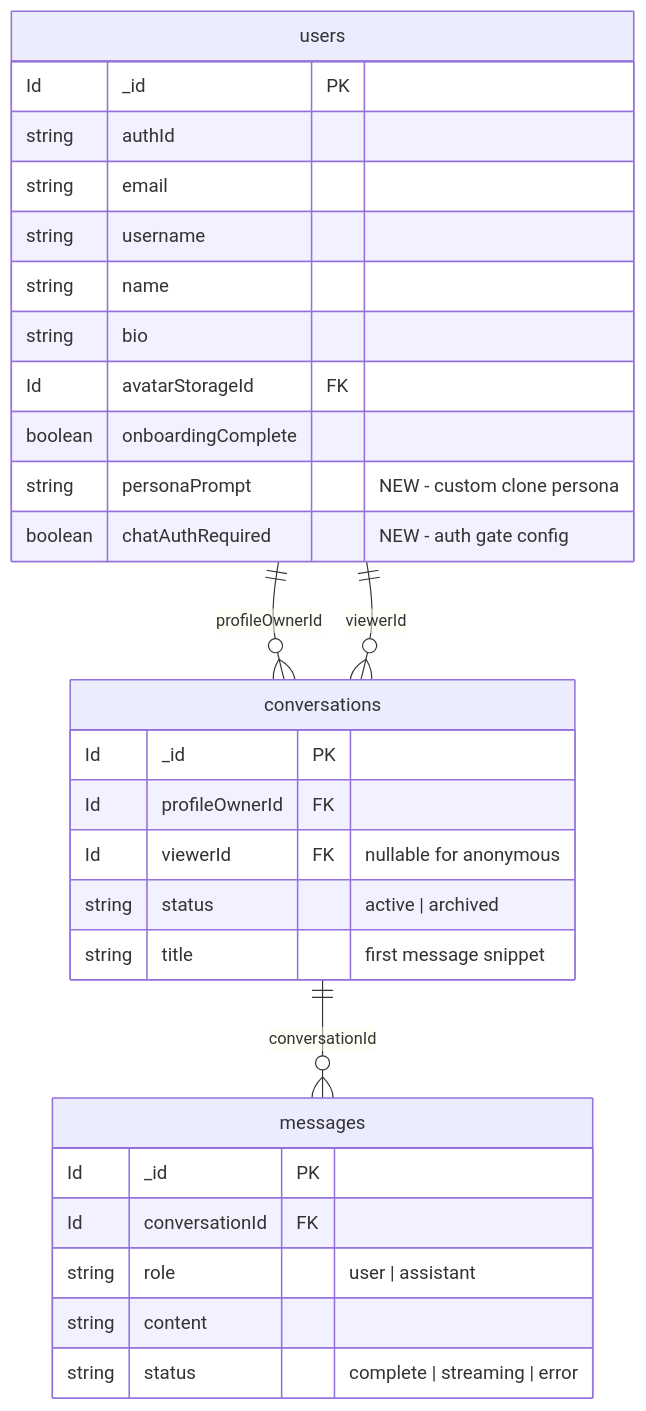
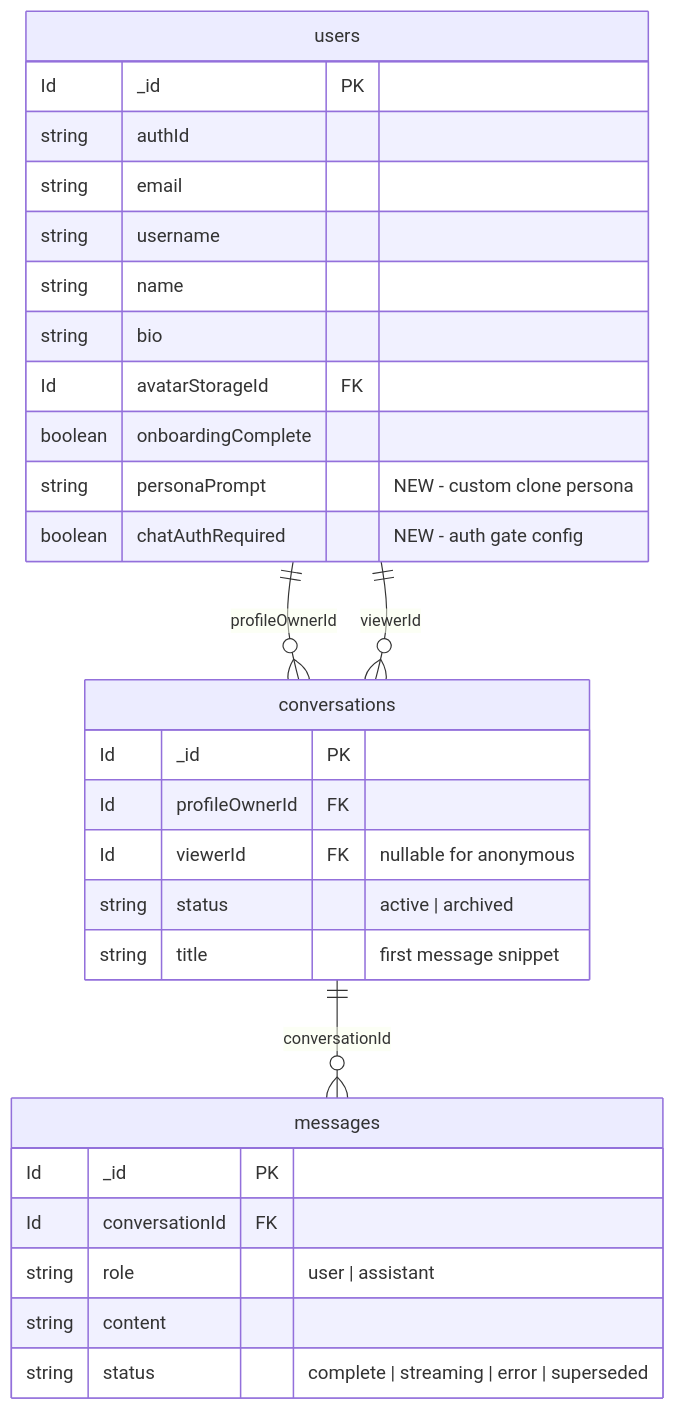
Before and after one commit to hpark0011/feel-good: the diagram in docs/plans/2026-02-28-feat-chat-thread-digital-clone-plan.md, drawn with Mermaid. The commit also changed other lines of this file, not shown here.

````diff
--- a/docs/plans/2026-02-28-feat-chat-thread-digital-clone-plan.md
+++ b/docs/plans/2026-02-28-feat-chat-thread-digital-clone-plan.md
@@ -60,32 +60,32 @@
 ```mermaid
 erDiagram
     users {
         Id _id PK
         string authId
         string email
         string username
         string name
         string bio
         Id avatarStorageId FK
         boolean onboardingComplete
         string personaPrompt "NEW - custom clone persona"
         boolean chatAuthRequired "NEW - auth gate config"
     }
     conversations {
         Id _id PK
         Id profileOwnerId FK
         Id viewerId FK "nullable for anonymous"
         string status "active | archived"
         string title "first message snippet"
     }
     messages {
         Id _id PK
         Id conversationId FK
         string role "user | assistant"
         string content
-        string status "complete | streaming | error"
+        string status "complete | streaming | error | superseded"
     }
     users ||--o{ conversations : "profileOwnerId"
     users ||--o{ conversations : "viewerId"
     conversations ||--o{ messages : "conversationId"
 ```
````
